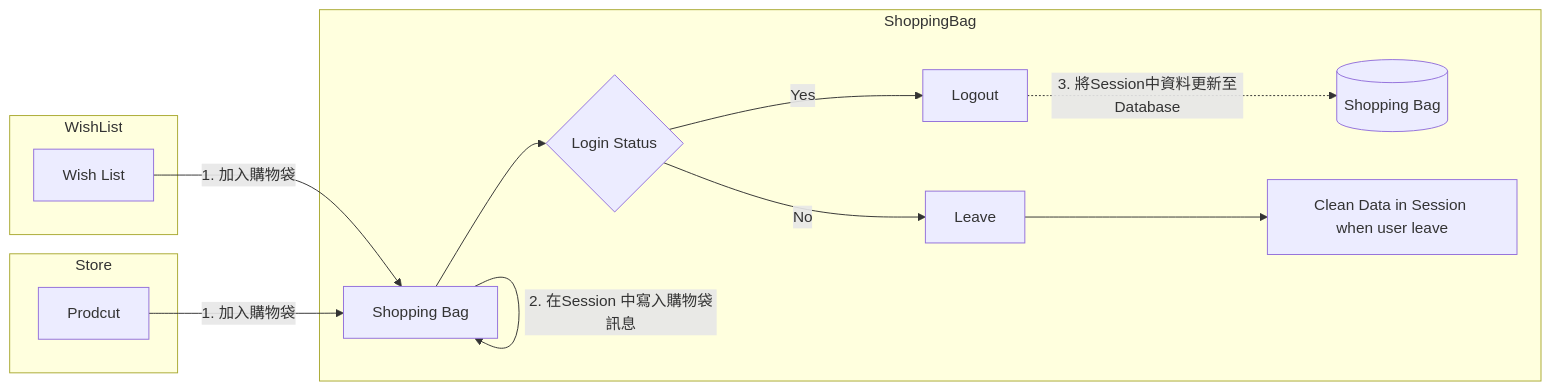
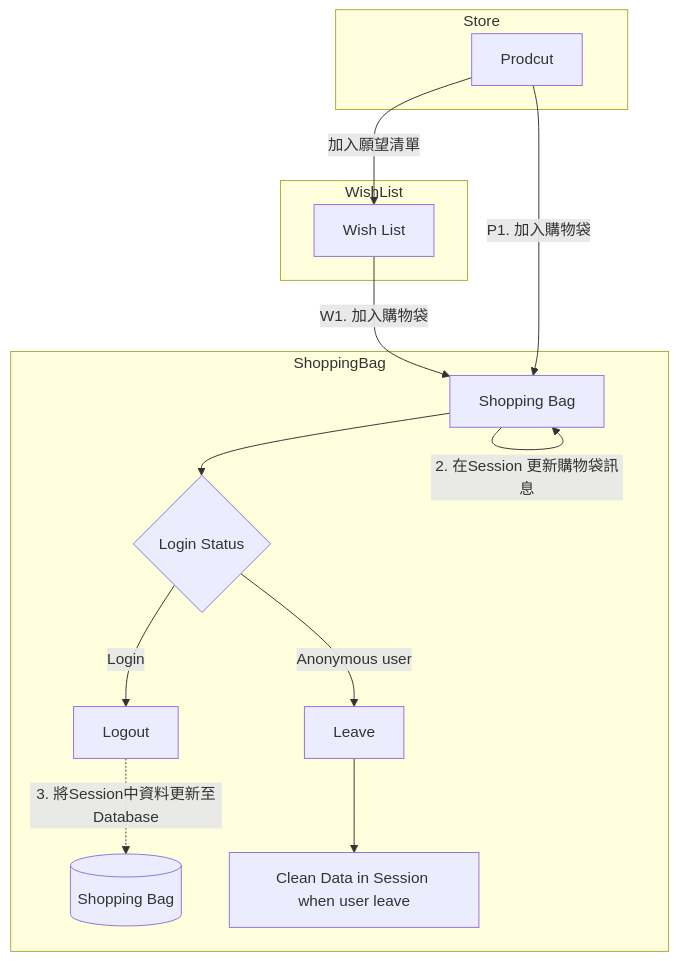
Before and after one commit to stevetsaoch/Ecommerce: the fourth of 5 diagrams in README.md, drawn with Mermaid. The commit also changed other lines of this file, not shown here.

````diff
--- a/README.md
+++ b/README.md
@@ -151,18 +153,17 @@
 ```mermaid
-flowchart LR
+flowchart TB
     subgraph Store
         P[Prodcut] 
     end
     subgraph WishList
         W[Wish List]
+        P --"加入願望清單"--> W
     end
     subgraph ShoppingBag
-        B[Shopping Bag] --"2. 在Session 中寫入購物袋訊息"--> B
-        W --"1. 加入購物袋"--> B
-        P --"1. 加入購物袋" --> B --> LS{Login Status}
-        LS --"Yes"--> LO[Logout] -."3. 將Session中資料更新至Database".-> BD[(Shopping Bag)]
-        LS --"No"--> LE[Leave] --> R[Clean Data in Session when user leave]
+        B[Shopping Bag] --"2. 在Session 更新購物袋訊息"--> B
+        W --"W1. 加入購物袋"--> B
+        P --"P1. 加入購物袋" --> B --> LS{Login Status}
+        LS --"Login"--> LO[Logout] -."3. 將Session中資料更新至Database".-> BD[(Shopping Bag)]
+        LS --"Anonymous user"--> LE[Leave] --> R[Clean Data in Session when user leave]
     end
-
-
 ```
````
